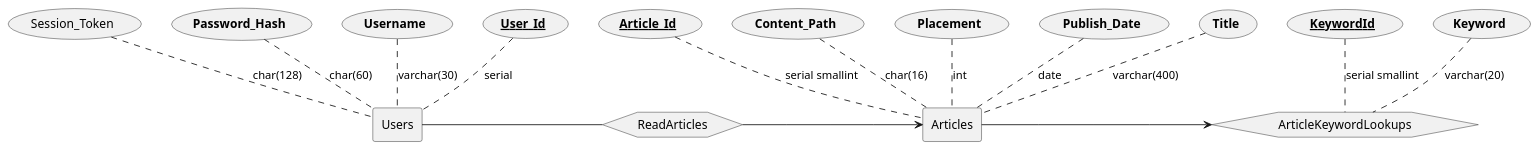
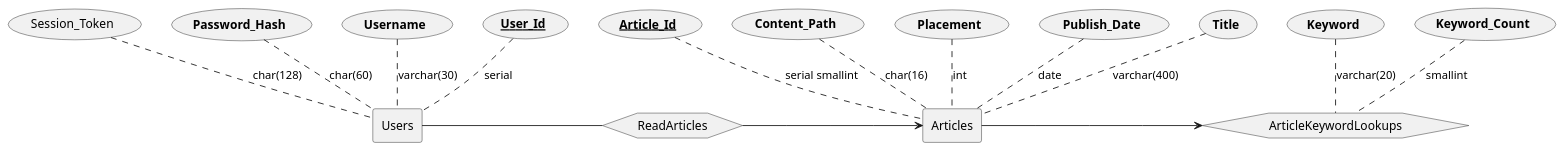
Before and after one commit to g-robertson/ISP-Term-Project: the diagram in src/diagrams/db.puml, drawn with PlantUML.

Commit message:
Update db diagram

```diff
--- a/src/diagrams/db.puml
+++ b/src/diagrams/db.puml
@@ -1,28 +1,28 @@
 @startuml
 
 rectangle Users
 Users-[dashed]u-(~~**User_Id**~~): "serial"
 Users-[dashed]u-(**Username**): varchar(30)
 Users-[dashed]u-(**Password_Hash**): char(60)
 Users-[dashed]u-(Session_Token): char(128)
 
 hexagon ReadArticles
 
 rectangle Articles
 Articles-[dashed]u-(~~**Article_Id**~~): "serial smallint"
 Articles-[dashed]u-(**Title**): "varchar(400)"
 Articles-[dashed]u-(**Publish_Date**): date
 Articles-[dashed]u-(**Placement**): int
 Articles-[dashed]u-(**Content_Path**): "char(16)"
 
 hexagon ArticleKeywordLookups
-ArticleKeywordLookups-[dashed]u-(~~**KeywordId**~~): "serial smallint"
 ArticleKeywordLookups-[dashed]u-(**Keyword**): "varchar(20)"
+ArticleKeywordLookups-[dashed]u-(**Keyword_Count**): "smallint"
 
 
 Users-r-ReadArticles
 ReadArticles-r->Articles
 
 Articles->ArticleKeywordLookups
 
 @enduml
```
